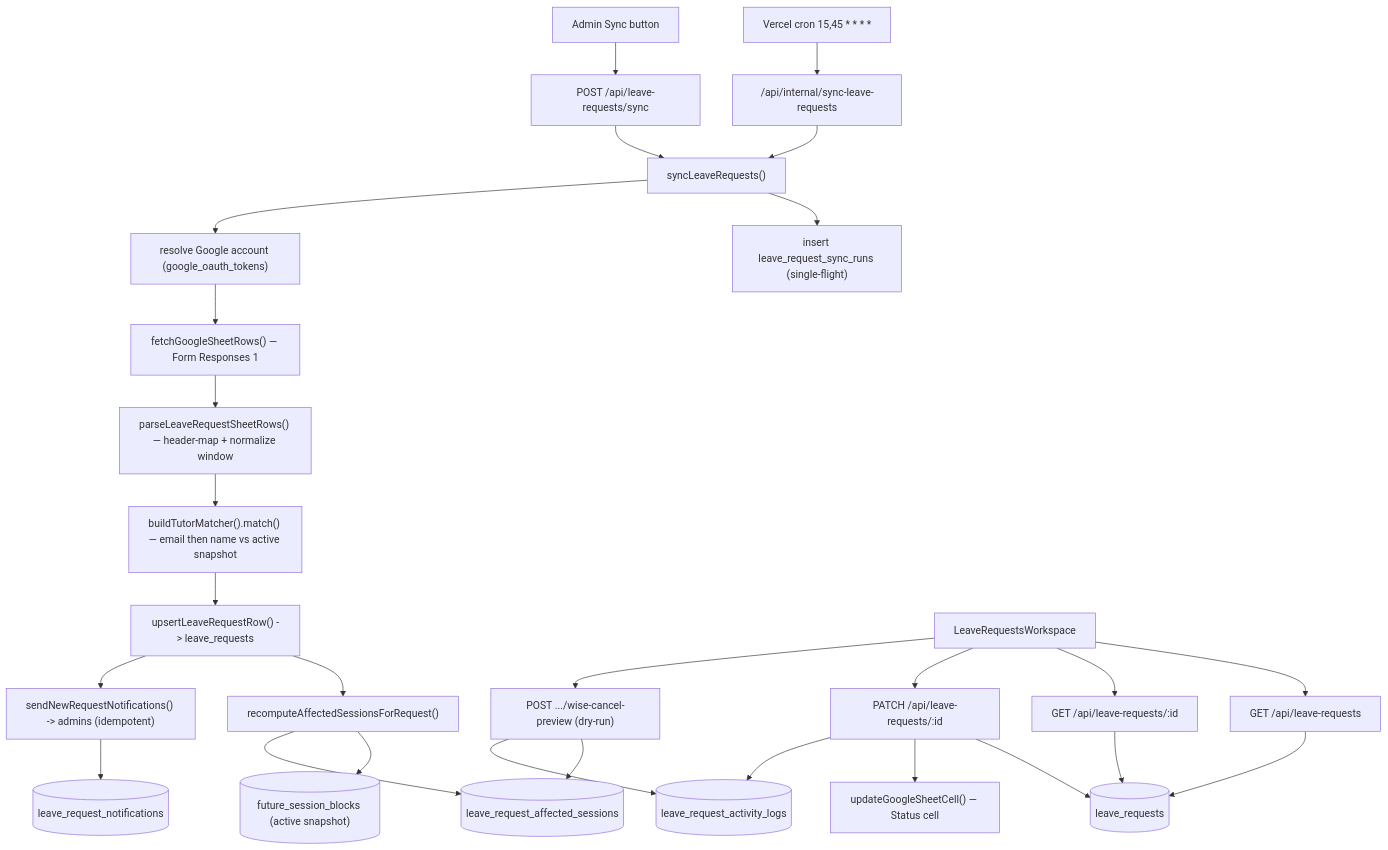
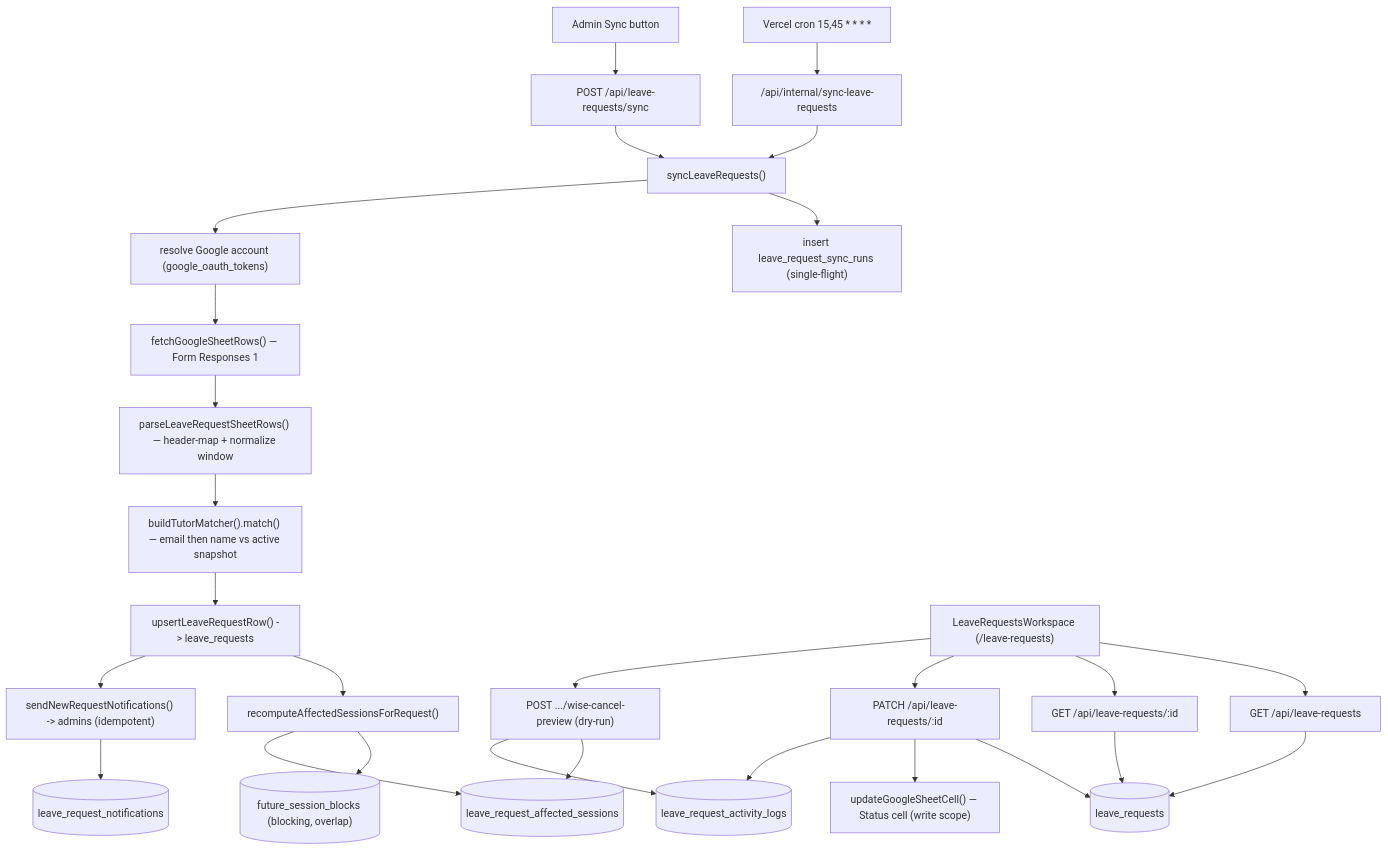
The diagram in docs/features/leave-requests.md (kasheesh711/bgscheduler), drawn with Mermaid before and after one commit. The commit also changed other lines of this file and 63 other files, not shown here.

````diff
--- a/docs/features/leave-requests.md
+++ b/docs/features/leave-requests.md
@@ -54,31 +71,31 @@
 ```mermaid
 flowchart TD
-  Cron["Vercel cron 15,45 * * * *"] --> SyncRoute["/api/internal/sync-leave-requests"]
-  AdminSync["Admin Sync button"] --> ManualRoute["POST /api/leave-requests/sync"]
-  SyncRoute --> Sync["syncLeaveRequests()"]
-  ManualRoute --> Sync
+    Cron["Vercel cron 15,45 * * * *"] --> SyncRoute["/api/internal/sync-leave-requests"]
+    AdminSync["Admin Sync button"] --> ManualRoute["POST /api/leave-requests/sync"]
+    SyncRoute --> Sync["syncLeaveRequests()"]
+    ManualRoute --> Sync
 
-  Sync --> Run["insert leave_request_sync_runs (single-flight)"]
-  Sync --> Email["resolve Google account (google_oauth_tokens)"]
-  Email --> Fetch["fetchGoogleSheetRows() — Form Responses 1"]
-  Fetch --> Parse["parseLeaveRequestSheetRows() — header-map + normalize window"]
-  Parse --> Match["buildTutorMatcher().match() — email then name vs active snapshot"]
-  Match --> Upsert["upsertLeaveRequestRow() -> leave_requests"]
-  Upsert --> Recompute["recomputeAffectedSessionsForRequest()"]
-  Recompute --> FSB[("future_session_blocks (active snapshot)")]
-  Recompute --> Affected[("leave_request_affected_sessions")]
-  Upsert --> Notify["sendNewRequestNotifications() -> admins (idempotent)"]
-  Notify --> Notifs[("leave_request_notifications")]
+    Sync --> Run["insert leave_request_sync_runs (single-flight)"]
+    Sync --> Acct["resolve Google account (google_oauth_tokens)"]
+    Acct --> Fetch["fetchGoogleSheetRows() — Form Responses 1"]
+    Fetch --> Parse["parseLeaveRequestSheetRows() — header-map + normalize window"]
+    Parse --> Match["buildTutorMatcher().match() — email then name vs active snapshot"]
+    Match --> Upsert["upsertLeaveRequestRow() -> leave_requests"]
+    Upsert --> Recompute["recomputeAffectedSessionsForRequest()"]
+    Recompute --> FSB[("future_session_blocks (blocking, overlap)")]
+    Recompute --> Affected[("leave_request_affected_sessions")]
+    Upsert --> Notify["sendNewRequestNotifications() -> admins (idempotent)"]
+    Notify --> Notifs[("leave_request_notifications")]
 
-  UI["LeaveRequestsWorkspace"] --> List["GET /api/leave-requests"]
-  UI --> Detail["GET /api/leave-requests/:id"]
-  UI --> Patch["PATCH /api/leave-requests/:id"]
-  UI --> Preview["POST .../wise-cancel-preview (dry-run)"]
-  List --> LR[("leave_requests")]
-  Detail --> LR
-  Patch --> LR
-  Patch --> SheetWrite["updateGoogleSheetCell() — Status cell"]
-  Preview --> Affected
-  Patch --> Logs[("leave_request_activity_logs")]
-  Preview --> Logs
+    UI["LeaveRequestsWorkspace (/leave-requests)"] --> List["GET /api/leave-requests"]
+    UI --> Detail["GET /api/leave-requests/:id"]
+    UI --> Patch["PATCH /api/leave-requests/:id"]
+    UI --> Preview["POST .../wise-cancel-preview (dry-run)"]
+    List --> LR[("leave_requests")]
+    Detail --> LR
+    Patch --> LR
+    Patch --> SheetWrite["updateGoogleSheetCell() — Status cell (write scope)"]
+    Preview --> Affected
+    Patch --> Logs[("leave_request_activity_logs")]
+    Preview --> Logs
 ```
````
